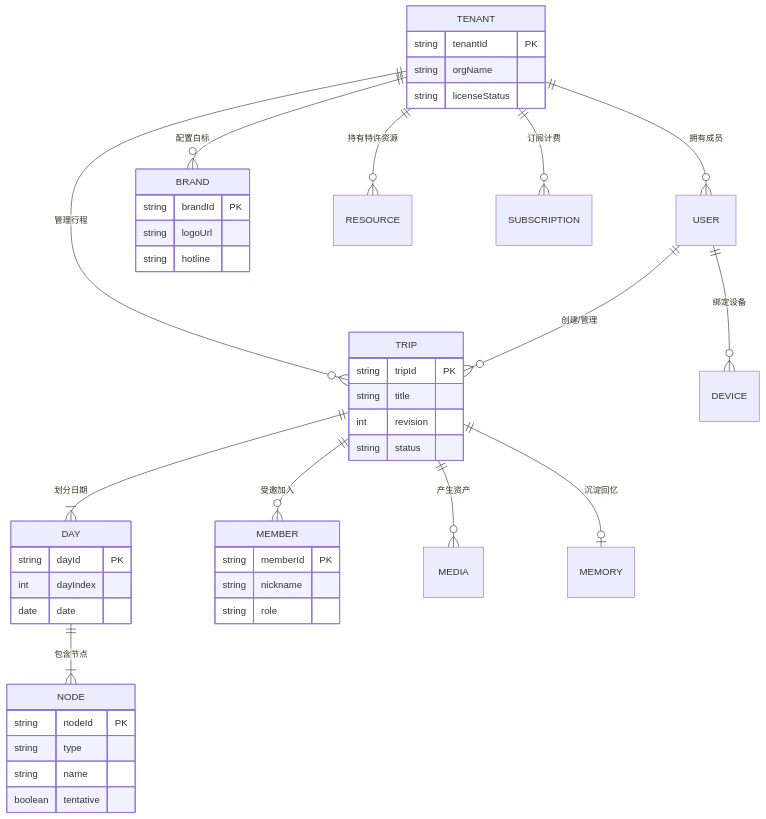
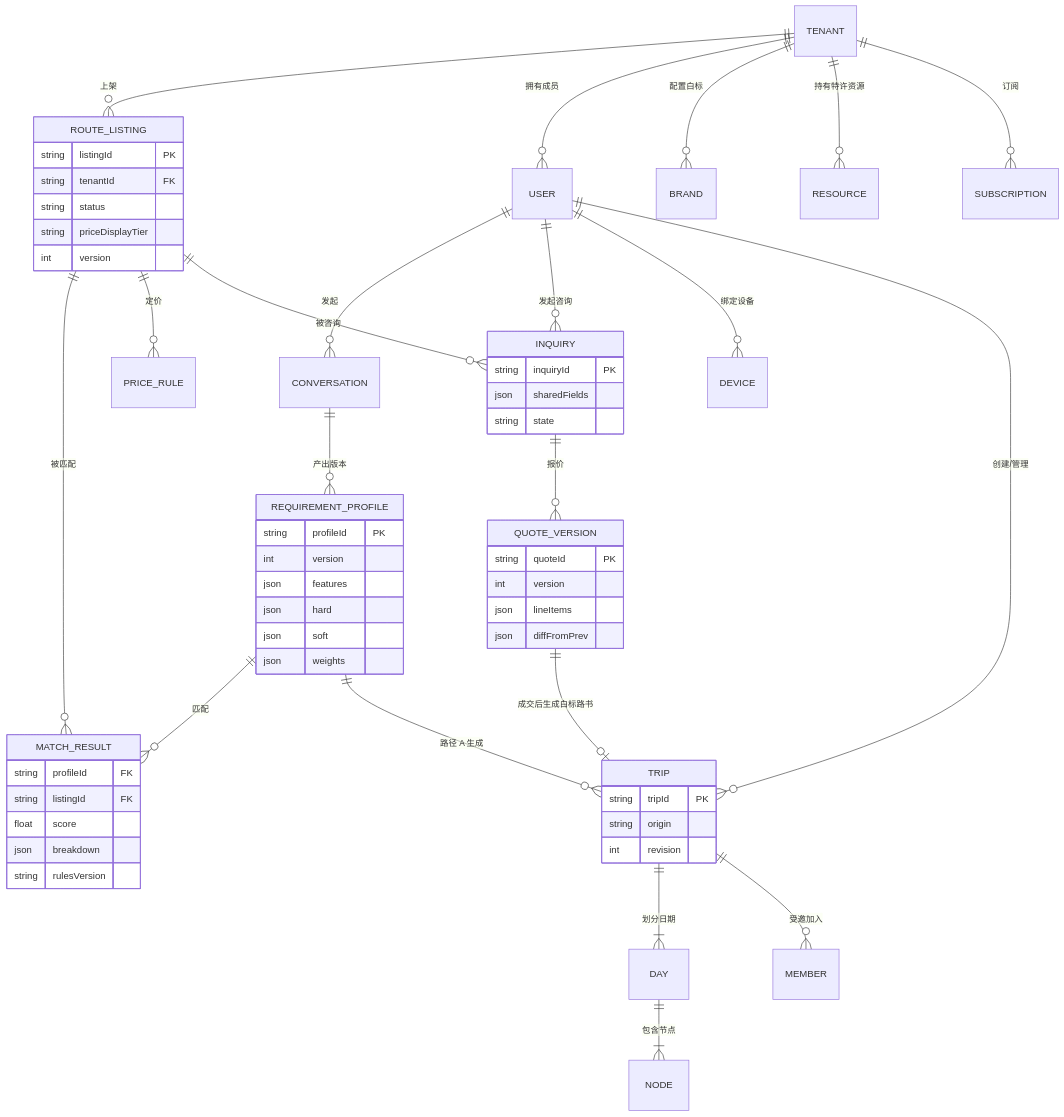
One commit to JohnMaxwell0123/TripCraft changed the first of 3 diagrams in docs/architecture/ARC-02-domain-data-model.md. Above: the diagram before and after it, drawn with Mermaid. The commit also changed other lines of this file and 55 other files, not shown here.

````diff
--- a/docs/architecture/ARC-02-domain-data-model.md
+++ b/docs/architecture/ARC-02-domain-data-model.md
@@ -40,50 +50,64 @@
 ```mermaid
 erDiagram
+    USER ||--o{ CONVERSATION : "发起"
+    CONVERSATION ||--o{ REQUIREMENT_PROFILE : "产出版本"
+    REQUIREMENT_PROFILE ||--o{ MATCH_RESULT : "匹配"
+    REQUIREMENT_PROFILE ||--o{ TRIP : "路径 A 生成"
+    ROUTE_LISTING ||--o{ MATCH_RESULT : "被匹配"
+    ROUTE_LISTING ||--o{ PRICE_RULE : "定价"
+    ROUTE_LISTING ||--o{ INQUIRY : "被咨询"
+    USER ||--o{ INQUIRY : "发起咨询"
+    INQUIRY ||--o{ QUOTE_VERSION : "报价"
+    QUOTE_VERSION ||--o| TRIP : "成交后生成白标路书"
+
+    TENANT ||--o{ ROUTE_LISTING : "上架"
     TENANT ||--o{ USER : "拥有成员"
     TENANT ||--o{ BRAND : "配置白标"
     TENANT ||--o{ RESOURCE : "持有特许资源"
-    TENANT ||--o{ SUBSCRIPTION : "订阅计费"
-    TENANT ||--o{ TRIP : "管理行程"
+    TENANT ||--o{ SUBSCRIPTION : "订阅"
 
     USER ||--o{ DEVICE : "绑定设备"
     USER ||--o{ TRIP : "创建/管理"
-
     TRIP ||--|{ DAY : "划分日期"
     DAY ||--|{ NODE : "包含节点"
     TRIP ||--o{ MEMBER : "受邀加入"
-    TRIP ||--o{ MEDIA : "产生资产"
-    TRIP ||--o| MEMORY : "沉淀回忆"
 
-    TENANT {
-        string tenantId PK
-        string orgName
-        string licenseStatus
+    REQUIREMENT_PROFILE {
+        string profileId PK
+        int version
+        json features
+        json hard
+        json soft
+        json weights
     }
-    BRAND {
-        string brandId PK
-        string logoUrl
-        string hotline
+    ROUTE_LISTING {
+        string listingId PK
+        string tenantId FK
+        string status
+        string priceDisplayTier
+        int version
+    }
+    MATCH_RESULT {
+        string profileId FK
+        string listingId FK
+        float score
+        json breakdown
+        string rulesVersion
+    }
+    INQUIRY {
+        string inquiryId PK
+        json sharedFields
+        string state
+    }
+    QUOTE_VERSION {
+        string quoteId PK
+        int version
+        json lineItems
+        json diffFromPrev
     }
     TRIP {
         string tripId PK
-        string title
+        string origin
         int revision
-        string status
-    }
-    DAY {
-        string dayId PK
-        int dayIndex
-        date date
-    }
-    NODE {
-        string nodeId PK
-        string type
-        string name
-        boolean tentative
-    }
-    MEMBER {
-        string memberId PK
-        string nickname
-        string role
     }
 ```
````
